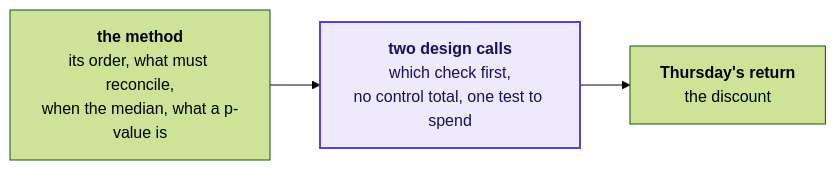
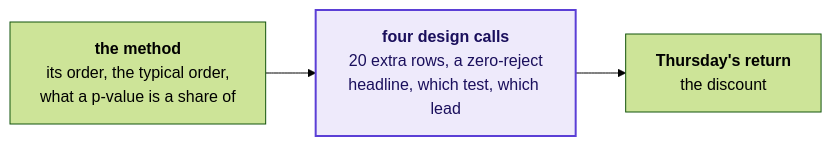
One commit to fde-academy-lab/c2-content-factory changed the sixth of 6 diagrams in content/W01/D5/slides/C2_W01_D05_rehearsal_STUDENT.md. Above: the diagram before and after it, drawn with Mermaid (forest theme). The commit also changed other lines of this file and 4 other files, not shown here.

First line of the commit message:
W01 D5: rehearsal round one sums to 50 minutes with the modelled push inside it, the monsoon push is off pair one's list with its follow-ups in the key, 'half' where the brief said 'mostly', S12 names the Kahoot's four design calls, and crux line 4 keeps each customer's own two quarters together

````diff
--- a/content/W01/D5/slides/C2_W01_D05_rehearsal_STUDENT.md
+++ b/content/W01/D5/slides/C2_W01_D05_rehearsal_STUDENT.md
@@ -276,7 +278,7 @@
 ```mermaid
 flowchart LR
-    O["<b>the method</b><br/>its order, what must reconcile,<br/>when the median, what a p-value is"] --> X["<b>two design calls</b><br/>which check first,<br/>no control total, one test to spend"]
+    O["<b>the method</b><br/>its order, the typical order,<br/>what a p-value is a share of"] --> X["<b>four design calls</b><br/>20 extra rows, a zero-reject<br/>headline, which test, which lead"]
     X --> T["<b>Thursday's return</b><br/>the discount"]
     classDef known fill:#EEEAFB,stroke:#5B3FD6,color:#1A0F5C,stroke-width:2px
     class X known
 ```
````
